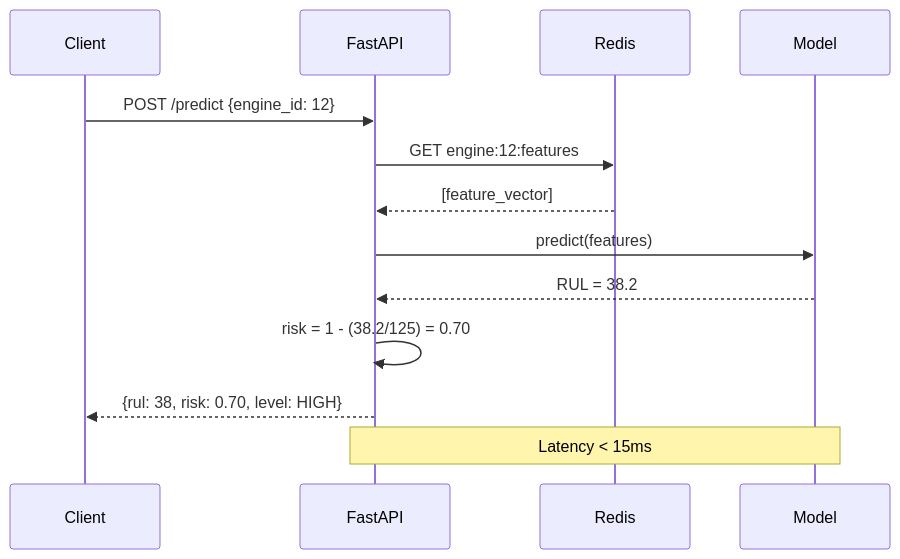
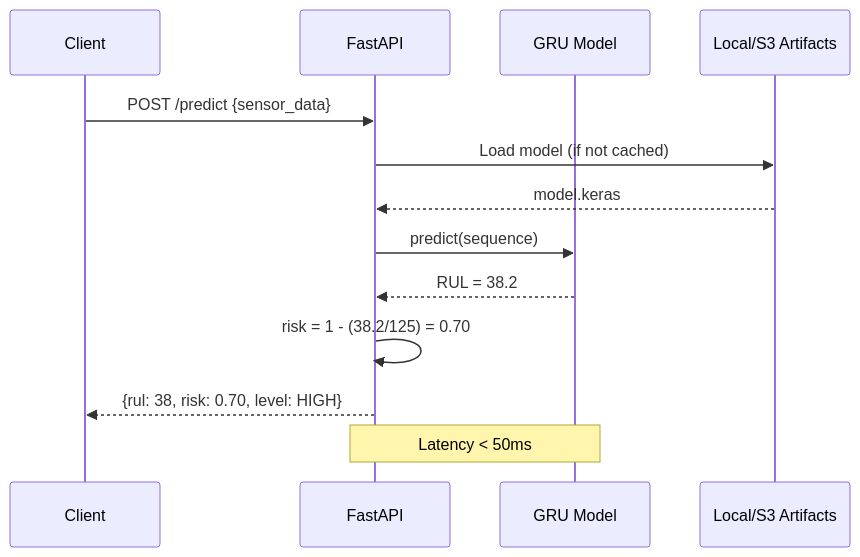
One commit to nasim-raj-laskar/Real-Time-Aircraft-Engine-Predictive-Maintenance-System changed the diagram in docs/05_inference_service.md. Above: the diagram before and after it, drawn with Mermaid. The commit also changed other lines of this file and 6 other files, not shown here.

````diff
--- a/docs/05_inference_service.md
+++ b/docs/05_inference_service.md
@@ -11,17 +7,17 @@
 ```mermaid
 sequenceDiagram
     participant Client
     participant API as FastAPI
-    participant Redis
-    participant Model
+    participant Model as GRU Model
+    participant Artifacts as Local/S3 Artifacts
     
-    Client->>API: POST /predict {engine_id: 12}
-    API->>Redis: GET engine:12:features
-    Redis-->>API: [feature_vector]
-    API->>Model: predict(features)
+    Client->>API: POST /predict {sensor_data}
+    API->>Artifacts: Load model (if not cached)
+    Artifacts-->>API: model.keras
+    API->>Model: predict(sequence)
     Model-->>API: RUL = 38.2
     API->>API: risk = 1 - (38.2/125) = 0.70
     API-->>Client: {rul: 38, risk: 0.70, level: HIGH}
     
-    Note over API,Model: Latency < 15ms
+    Note over API,Model: Latency < 50ms
 ```
````
